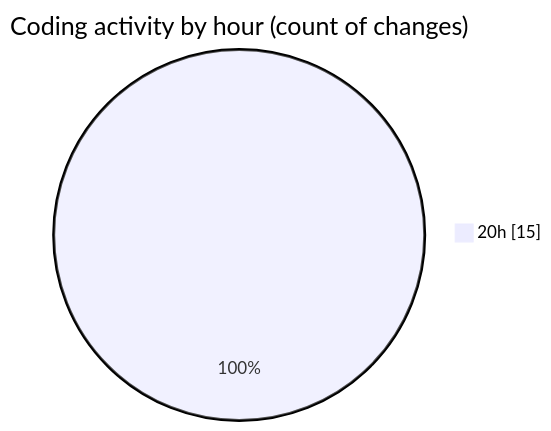
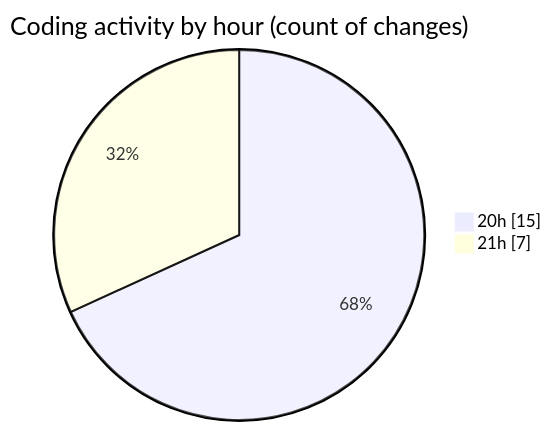
The second of 2 diagrams in 2025-05-02/date/README.md (Netris89/code-tracking), drawn with Mermaid before and after one commit. The commit also changed other lines of this file and 1 other file, not shown here.

````diff
--- a/2025-05-02/date/README.md
+++ b/2025-05-02/date/README.md
@@ -31,5 +32,6 @@
 ```mermaid
 pie showData
 title Coding activity by hour (count of changes)
 "20h" : 15
+"21h" : 7
 ```
````
